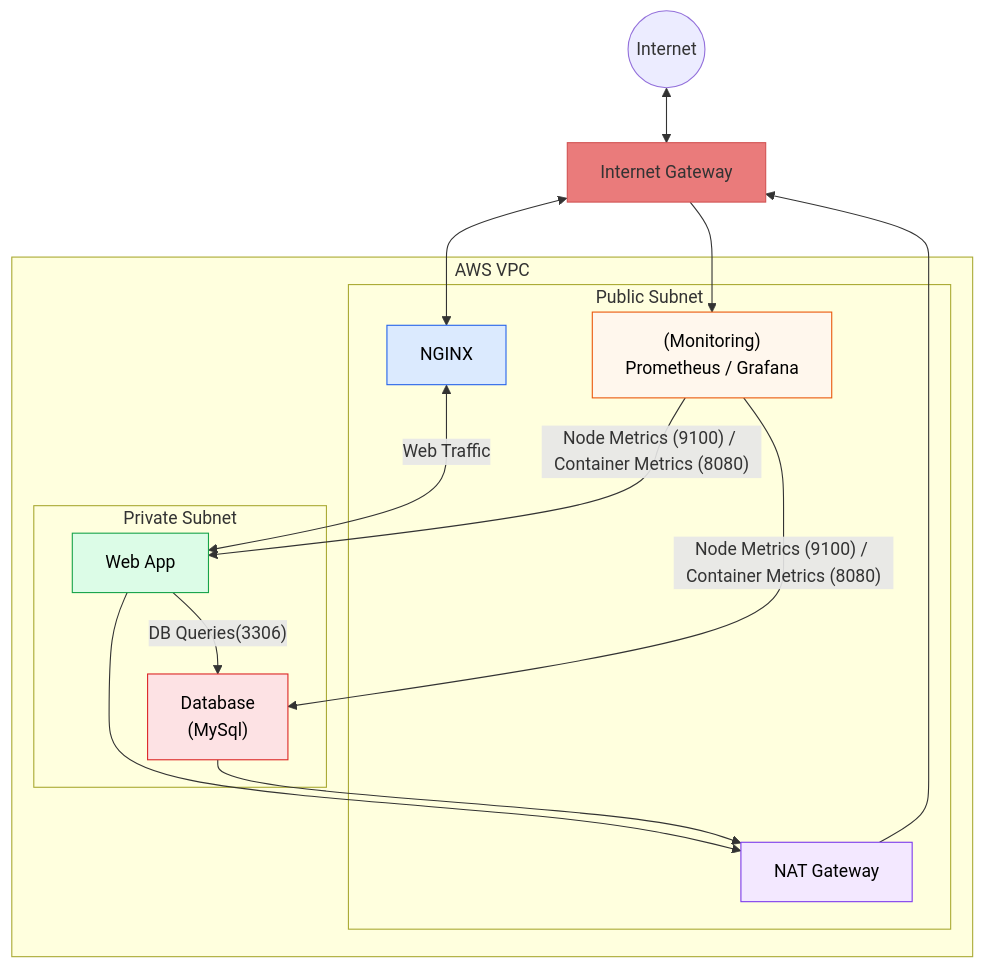
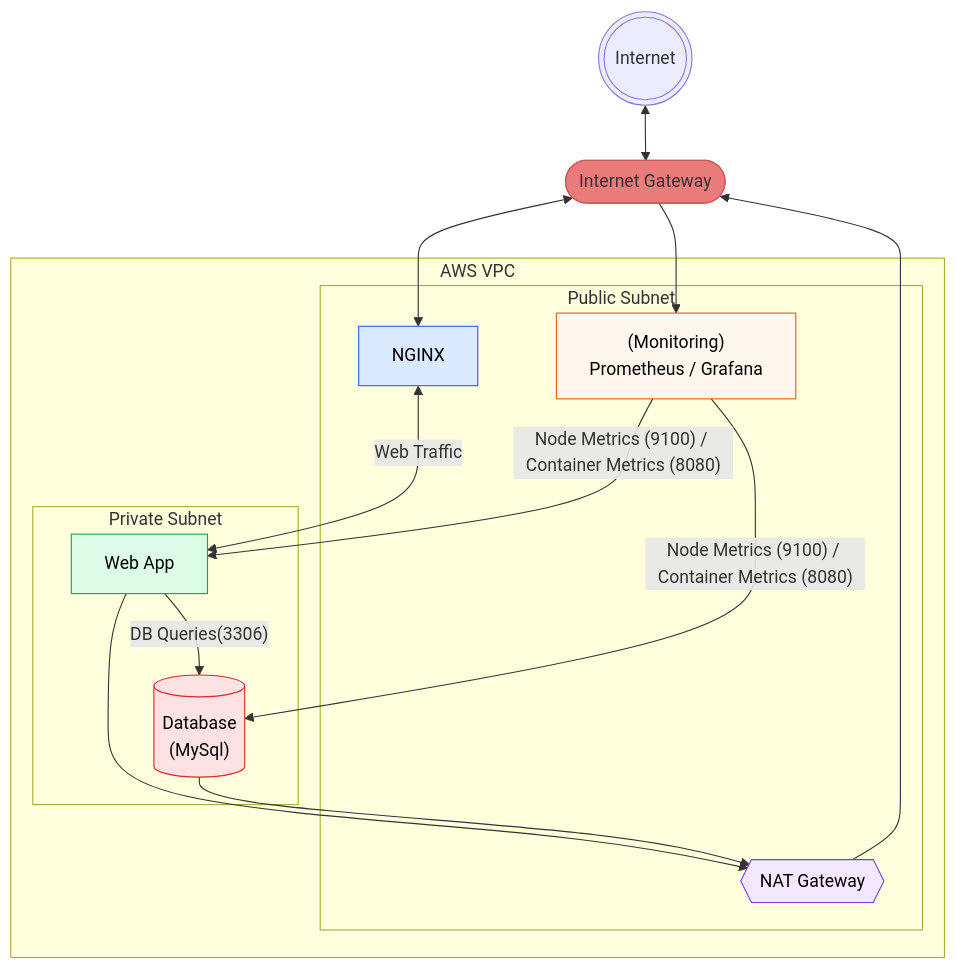
The diagram in README.md (Jazzar101/learning-terraform-3087701), drawn with Mermaid before and after one commit.

Commit message:
Changed diagram shapes

````diff
--- a/README.md
+++ b/README.md
@@ -6,45 +6,45 @@
 ```mermaid
 flowchart TB
-    Internet((Internet))
-    IGW[Internet Gateway]
+    Internet(((Internet)))
+    IGW([Internet Gateway])
     subgraph VPC[AWS VPC]
         subgraph PublicSubnet[Public Subnet]
             NGINX[NGINX]
             Monitoring["(Monitoring)\nPrometheus / Grafana"]
-            NAT[NAT Gateway]
+            NAT{{NAT Gateway}}
         end
 
         subgraph PrivateSubnet[Private Subnet]
             App[Web App]
-            DB["Database\n(MySql)"]
+            DB[("Database\n(MySql)")]
         end
     end
 
     Internet <--> IGW
     IGW <--> NGINX
     NGINX <-->|Web Traffic| App
     App -->|"DB Queries(3306)"| DB
     IGW --> Monitoring
 
     Monitoring -->|"Node Metrics (9100) / Container Metrics (8080)"| App
     Monitoring -->|"Node Metrics (9100) / Container Metrics (8080)"| DB
 
     App --> NAT
     DB --> NAT
     NAT --> IGW
 
     %% Node-only styling (GitHub safe)
     classDef ingress fill:#dbeafe,stroke:#2563eb,color:#000000
     classDef monitoring fill:#fff7ed,stroke:#ea580c,color:#000000
     classDef nat fill:#f3e8ff,stroke:#7c3aed,color:#000000
     classDef app fill:#dcfce7,stroke:#16a34a,color:#000000
     classDef db fill:#fde2e4,stroke:#dc2626,color:#000000
     classDef igw fill:#EA7B7B,stroke:#D25353,color:#00000
 
     class NGINX ingress
     class Monitoring monitoring
     class NAT nat
     class App app
     class DB db
     class IGW igw
 ```
````
